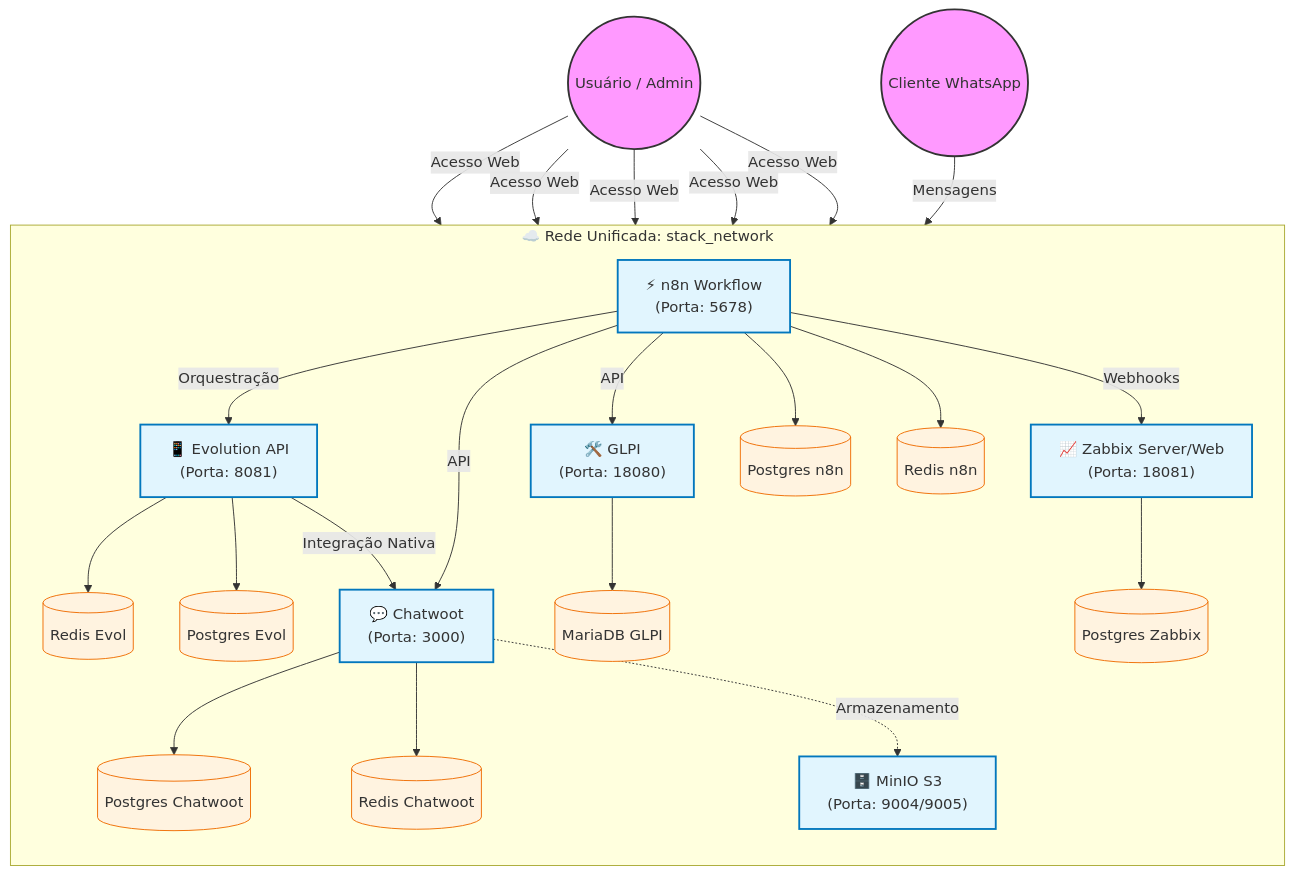
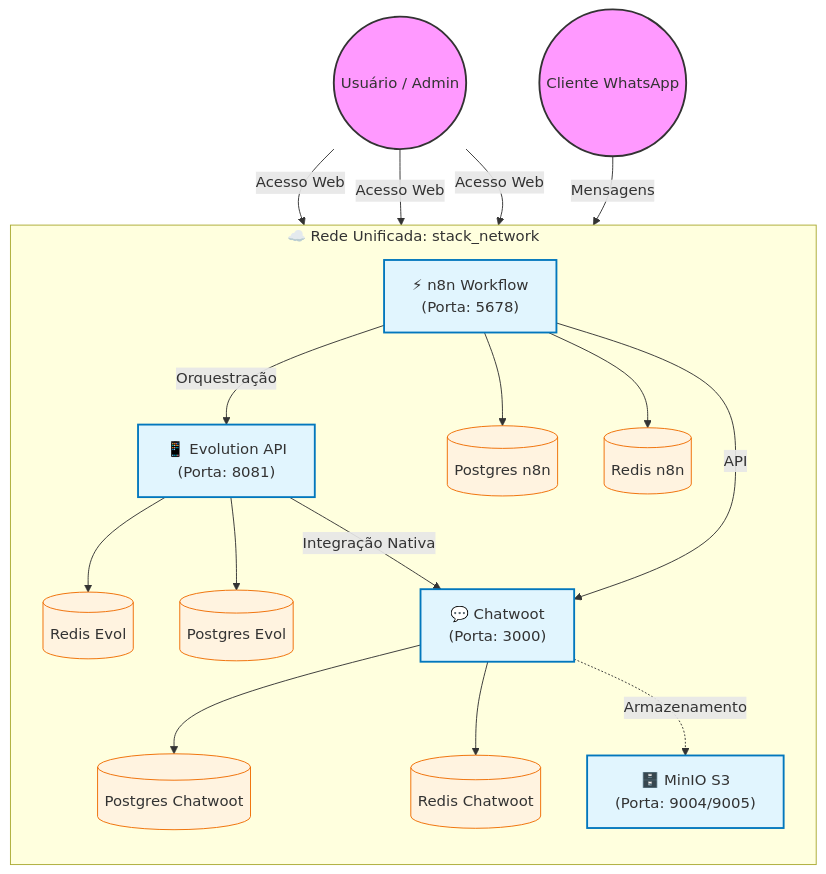
One commit to yurythx/automacao-ravenna changed the diagram in README.md. Above: the diagram before and after it, drawn with Mermaid. The commit also changed other lines of this file and 6 other files, not shown here.

````diff
--- a/README.md
+++ b/README.md
@@ -44,61 +44,50 @@
 ```mermaid
 graph TD
     %% Definição de Estilos
     classDef external fill:#f9f,stroke:#333,stroke-width:2px;
     classDef internal fill:#e1f5fe,stroke:#0277bd,stroke-width:2px;
     classDef db fill:#fff3e0,stroke:#ef6c00,stroke-width:1px;
 
     %% Atores Externos
     User(("Usuário / Admin")):::external
     Customer(("Cliente WhatsApp")):::external
 
     %% Subgraph: Stack Network
     subgraph Stack_Network ["☁️ Rede Unificada: stack_network"]
         direction TB
         
         %% Serviços
         EvolAPI["📱 Evolution API<br/>(Porta: 8081)"]:::internal
         MinIO["🗄️ MinIO S3<br/>(Porta: 9004/9005)"]:::internal
         n8n["⚡ n8n Workflow<br/>(Porta: 5678)"]:::internal
-        GLPI["🛠️ GLPI<br/>(Porta: 18080)"]:::internal
-        Zabbix["📈 Zabbix Server/Web<br/>(Porta: 18081)"]:::internal
         Chatwoot["💬 Chatwoot<br/>(Porta: 3000)"]:::internal
 
         %% Bancos de Dados e Cache
         RedisEvol[("Redis Evol")]:::db
         PostgresEvol[("Postgres Evol")]:::db
         PostgresN8N[("Postgres n8n")]:::db
         RedisN8N[("Redis n8n")]:::db
-        MariaDB[("MariaDB GLPI")]:::db
-        PostgresZabbix[("Postgres Zabbix")]:::db
         PostgresChat[("Postgres Chatwoot")]:::db
         RedisChat[("Redis Chatwoot")]:::db
     end
 
     %% Conexões Externas
-    User -->|Acesso Web| GLPI
-    User -->|Acesso Web| Zabbix
     User -->|Acesso Web| Chatwoot
     User -->|Acesso Web| n8n
     User -->|Acesso Web| MinIO
     Customer -->|Mensagens| EvolAPI
 
     %% Conexões Internas (Serviços)
     EvolAPI --> RedisEvol
     EvolAPI --> PostgresEvol
     EvolAPI -->|Integração Nativa| Chatwoot
     
     n8n -->|Orquestração| EvolAPI
     n8n -->|API| Chatwoot
-    n8n -->|API| GLPI
-    n8n -->|Webhooks| Zabbix
     n8n --> PostgresN8N
     n8n --> RedisN8N
 
     Chatwoot --> PostgresChat
     Chatwoot --> RedisChat
     Chatwoot -.->|Armazenamento| MinIO
-
-    GLPI --> MariaDB
-    Zabbix --> PostgresZabbix
 ```
````
